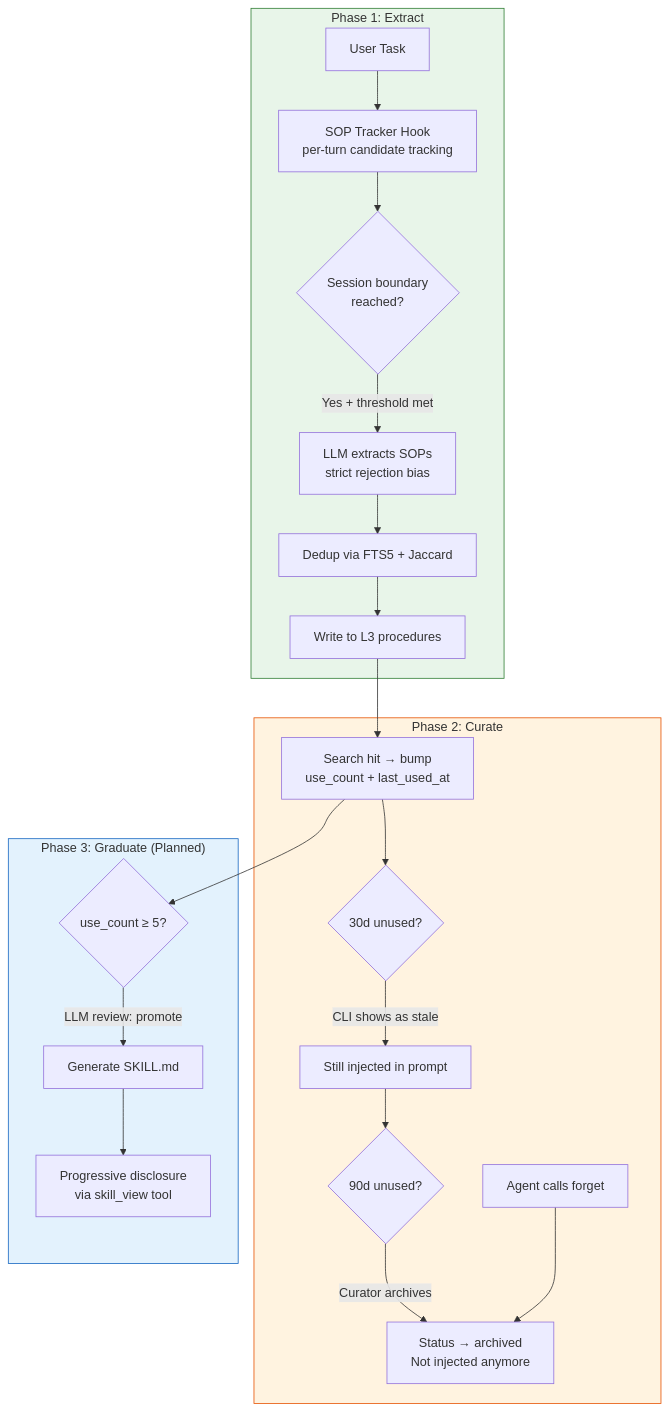
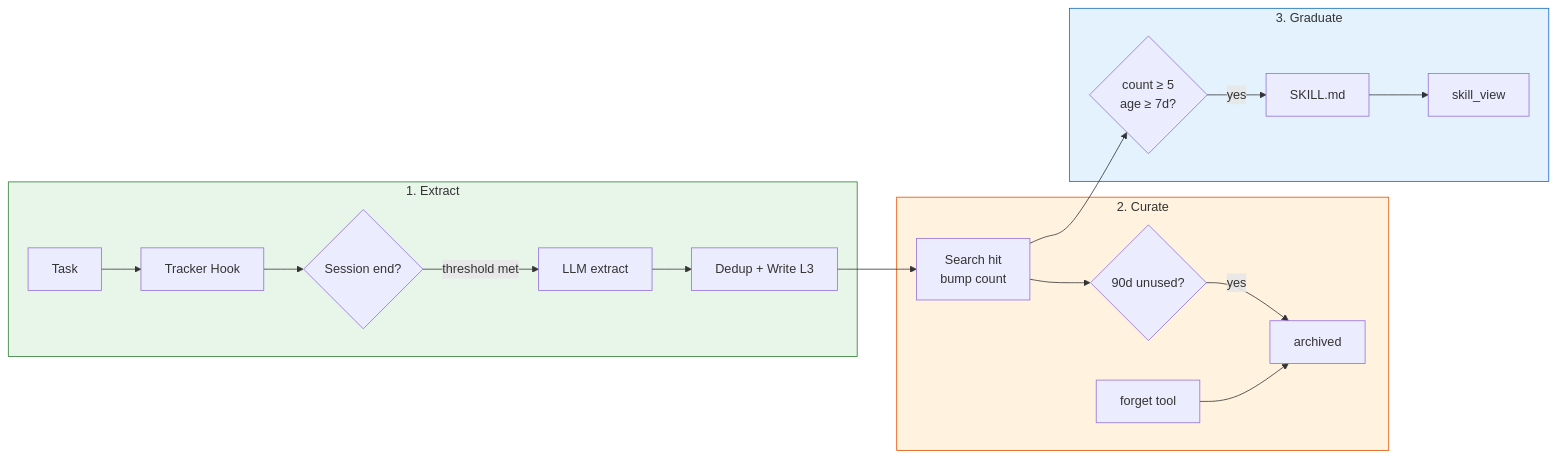
The second of 4 diagrams in README.md (Timeflys2018/pyclaw), drawn with Mermaid before and after one commit. The commit also changed 3 other files, not shown here.

First line of the commit message:
fix(evolution): 添加毕业碰撞检查 + config validation + README 图表优化

````diff
--- a/README.md
+++ b/README.md
@@ -128,29 +128,26 @@
 ```mermaid
-flowchart TD
-    subgraph Extract["Phase 1: Extract"]
-        A[User Task] --> B[SOP Tracker Hook<br/>per-turn candidate tracking]
-        B --> C{Session boundary<br/>reached?}
-        C -->|Yes + threshold met| D[LLM extracts SOPs<br/>strict rejection bias]
-        D --> E[Dedup via FTS5 + Jaccard]
-        E --> F[Write to L3 procedures]
+flowchart LR
+    subgraph Extract["1. Extract"]
+        A[Task] --> B[Tracker Hook]
+        B --> C{Session end?}
+        C -->|threshold met| D[LLM extract]
+        D --> E[Dedup + Write L3]
     end
 
-    subgraph Curate["Phase 2: Curate"]
-        F --> G[Search hit → bump<br/>use_count + last_used_at]
-        G --> H{30d unused?}
-        H -->|CLI shows as stale| I[Still injected in prompt]
-        I --> J{90d unused?}
-        J -->|Curator archives| K[Status → archived<br/>Not injected anymore]
-        L[Agent calls forget] --> K
+    subgraph Curate["2. Curate"]
+        E --> F[Search hit<br/>bump count]
+        F --> G{90d unused?}
+        G -->|yes| H[archived]
+        I[forget tool] --> H
     end
 
-    subgraph Graduate["Phase 3: Graduate (Planned)"]
-        G --> M{use_count ≥ 5?}
-        M -->|LLM review: promote| N[Generate SKILL.md]
-        N --> O[Progressive disclosure<br/>via skill_view tool]
+    subgraph Graduate["3. Graduate"]
+        F --> J{count ≥ 5<br/>age ≥ 7d?}
+        J -->|yes| K[SKILL.md]
+        K --> L[skill_view]
     end
 
     style Extract fill:#e8f5e9,stroke:#2e7d32
     style Curate fill:#fff3e0,stroke:#e65100
     style Graduate fill:#e3f2fd,stroke:#1565c0
 ```
````
